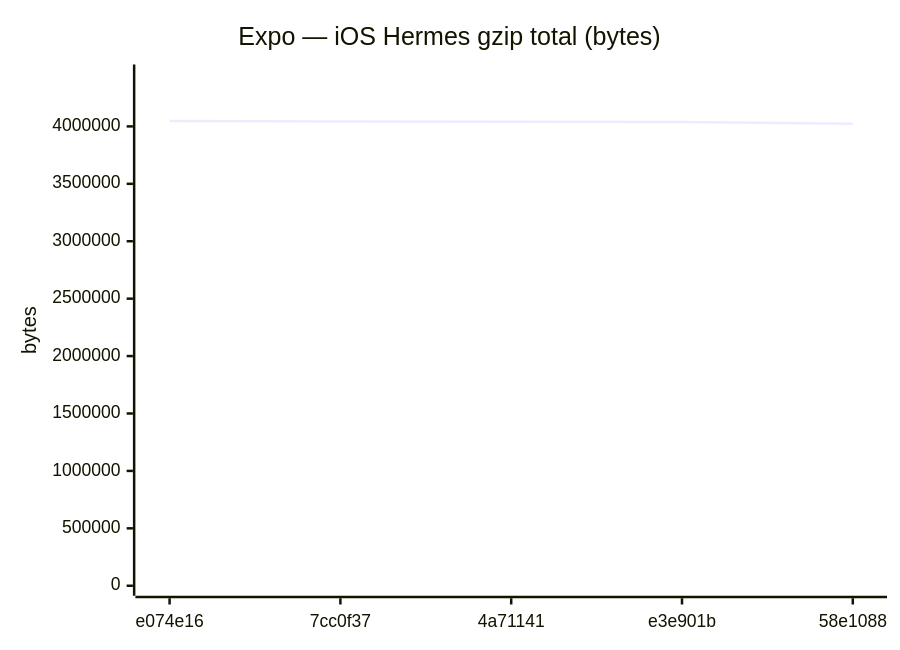
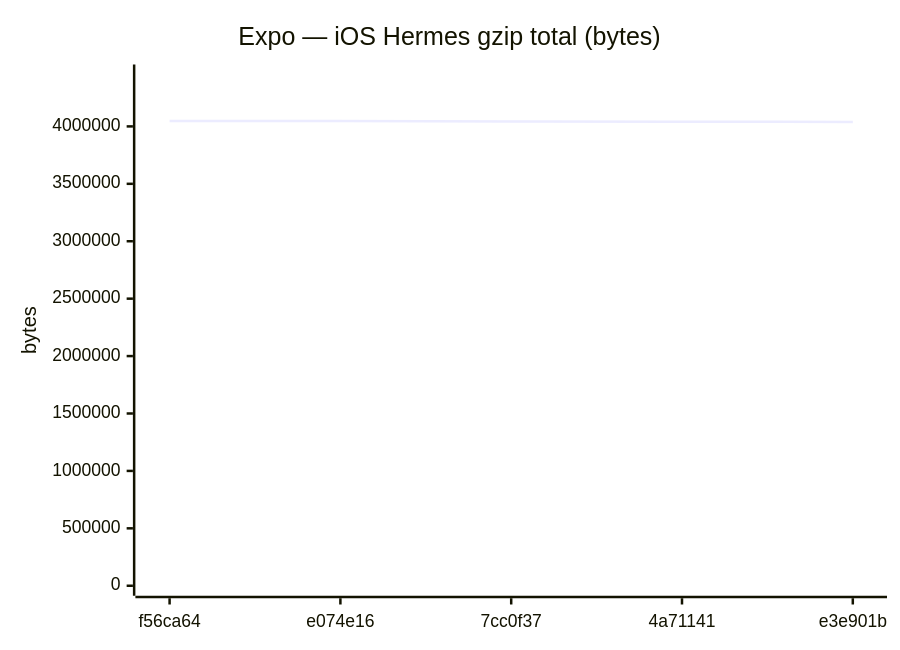
Diagram 12 of 18 in benchmarks/compare.md (Metaheurist/Rianell), drawn with Mermaid before and after one commit. The commit also changed other lines of this file and 11 other files, not shown here.

````diff
--- a/benchmarks/compare.md
+++ b/benchmarks/compare.md
@@ -179,7 +179,7 @@
 ```mermaid
 xychart-beta
     title "Expo — iOS Hermes gzip total (bytes)"
-    x-axis ["e074e16", "7cc0f37", "4a71141", "e3e901b", "58e1088"]
+    x-axis ["f56ca64", "e074e16", "7cc0f37", "4a71141", "e3e901b"]
     y-axis "bytes" 0 --> 4451958
-    line [4047234, 4042958, 4039809, 4039179, 4023650]
+    line [4047233, 4047234, 4042958, 4039809, 4039179]
 ```
````
